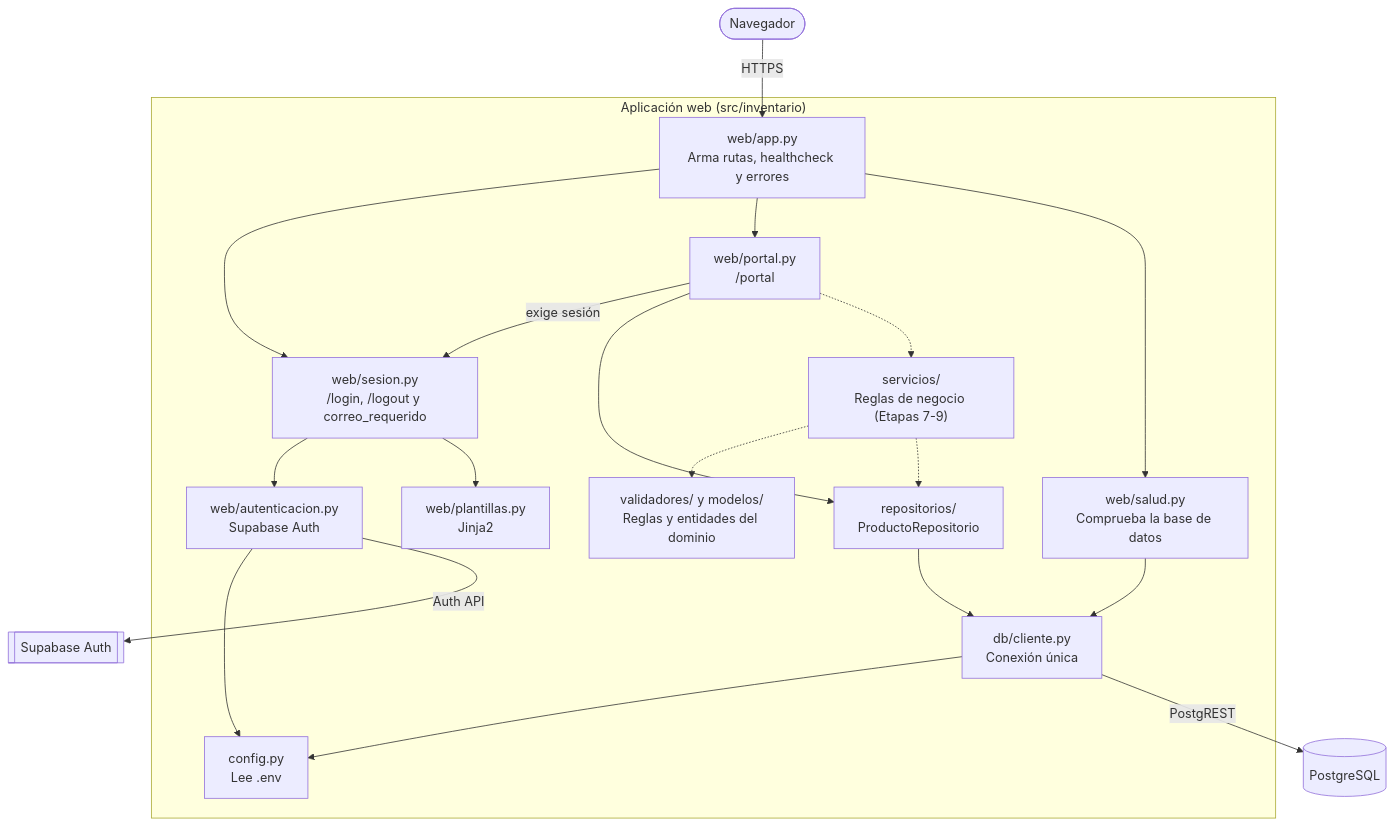
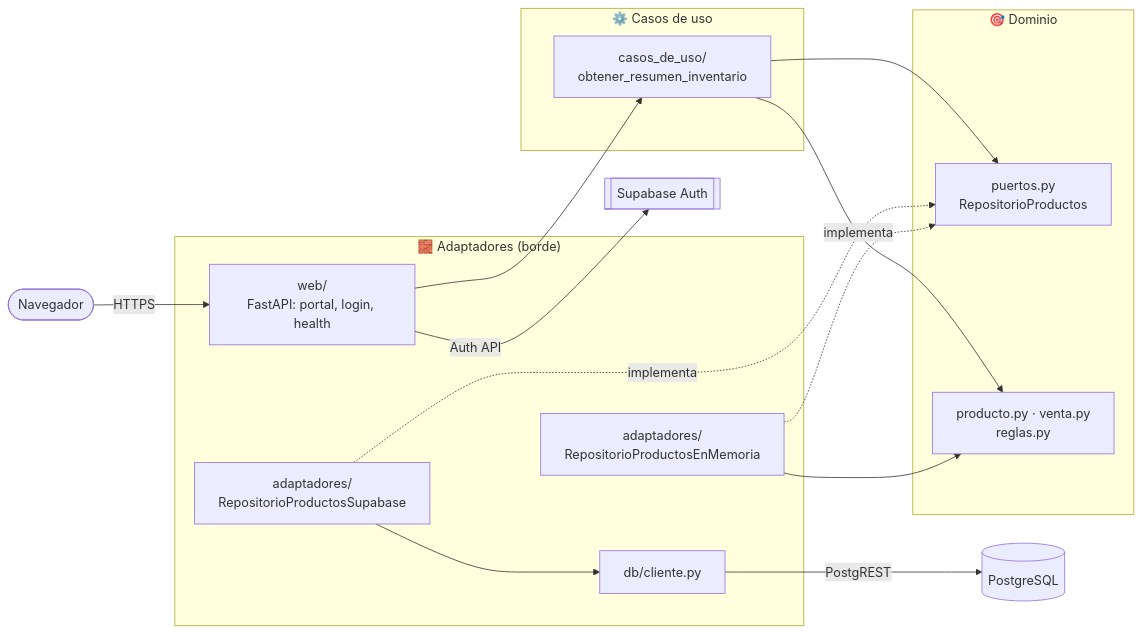
One commit to Isosa9/Agro-Inventario changed the third of 4 diagrams in docs/arquitectura.md. Above: the diagram before and after it, drawn with Mermaid. The commit also changed other lines of this file and 2 other files, not shown here.

Commit message:
docs: agregar ADR-003 y diagrama de la arquitectura de cebolla

````diff
--- a/docs/arquitectura.md
+++ b/docs/arquitectura.md
@@ -90,36 +94,30 @@
 ```mermaid
-flowchart TB
-    navegador([Navegador]) -->|HTTPS| app
+flowchart LR
+    navegador([Navegador]) -->|HTTPS| web
 
-    subgraph web["Aplicación web (src/inventario)"]
-        app["web/app.py<br/>Arma rutas, healthcheck y errores"]
-        sesion["web/sesion.py<br/>/login, /logout y correo_requerido"]
-        portal["web/portal.py<br/>/portal"]
-        salud["web/salud.py<br/>Comprueba la base de datos"]
-        autent["web/autenticacion.py<br/>Supabase Auth"]
-        plantillas["web/plantillas.py<br/>Jinja2"]
-        servicios["servicios/<br/>Reglas de negocio (Etapas 7-9)"]
-        validadores["validadores/ y modelos/<br/>Reglas y entidades del dominio"]
-        repos["repositorios/<br/>ProductoRepositorio"]
-        cliente["db/cliente.py<br/>Conexión única"]
-        config["config.py<br/>Lee .env"]
+    subgraph borde["🧱 Adaptadores (borde)"]
+        web["web/<br/>FastAPI: portal, login, health"]
+        supa["adaptadores/<br/>RepositorioProductosSupabase"]
+        memoria["adaptadores/<br/>RepositorioProductosEnMemoria"]
+        db["db/cliente.py"]
     end
 
-    app --> sesion
-    app --> portal
-    app --> salud
-    sesion --> autent
-    sesion --> plantillas
-    portal -->|exige sesión| sesion
-    portal --> repos
-    portal -.-> servicios
-    servicios -.-> validadores
-    servicios -.-> repos
-    repos --> cliente
-    salud --> cliente
-    autent --> config
-    cliente --> config
+    subgraph medio["⚙️ Casos de uso"]
+        resumen["casos_de_uso/<br/>obtener_resumen_inventario"]
+    end
 
-    cliente -->|PostgREST| db[(PostgreSQL)]
-    autent -->|Auth API| auth[[Supabase Auth]]
+    subgraph centro["🎯 Dominio"]
+        puerto["puertos.py<br/>RepositorioProductos"]
+        entidades["producto.py · venta.py<br/>reglas.py"]
+    end
+
+    web --> resumen
+    resumen --> puerto
+    resumen --> entidades
+    supa -. implementa .-> puerto
+    memoria -. implementa .-> puerto
+    memoria --> entidades
+    supa --> db
+    db -->|PostgREST| pg[(PostgreSQL)]
+    web -->|Auth API| auth[[Supabase Auth]]
 ```
````
